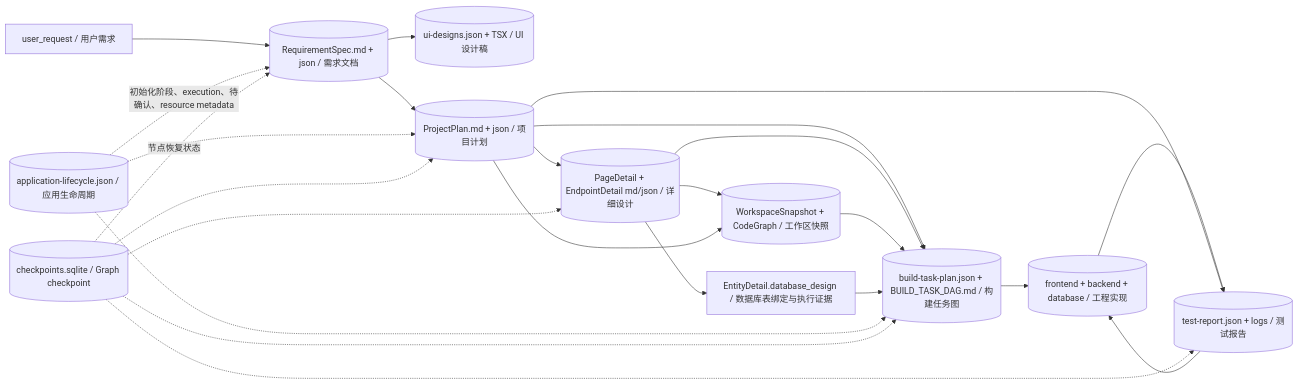
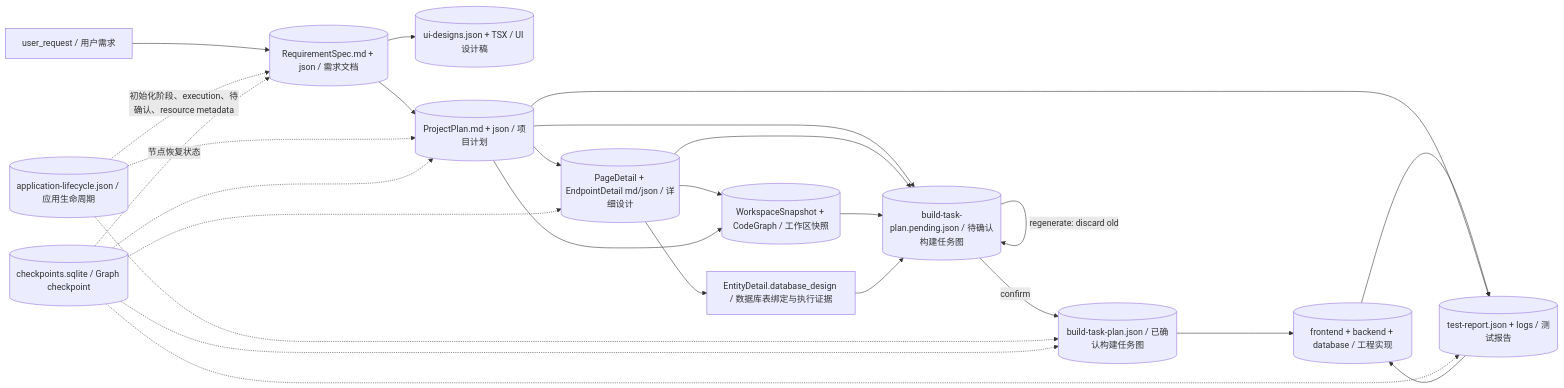
The tenth of 11 diagrams in docs/XCODEAGENT_COMPLETE_WORKFLOW.md (YYYWYF/XCodeAgent), drawn with Mermaid before and after one commit. The commit also changed other lines of this file and 191 other files, not shown here.

````diff
--- a/docs/XCODEAGENT_COMPLETE_WORKFLOW.md
+++ b/docs/XCODEAGENT_COMPLETE_WORKFLOW.md
@@ -775,40 +777,43 @@
 ```mermaid
 flowchart LR
     U["user_request / 用户需求"]
     RS[("RequirementSpec.md + json / 需求文档")]
     UI[("ui-designs.json + TSX / UI 设计稿")]
     PP[("ProjectPlan.md + json / 项目计划")]
     DT[("PageDetail + EndpointDetail md/json / 详细设计")]
     WS[("WorkspaceSnapshot + CodeGraph / 工作区快照")]
     ED["EntityDetail.database_design / 数据库表绑定与执行证据"]
-    DAG[("build-task-plan.json + BUILD_TASK_DAG.md / 构建任务图")]
+    PDAG[("build-task-plan.pending.json / 待确认构建任务图")]
+    DAG[("build-task-plan.json / 已确认构建任务图")]
     SRC[("frontend + backend + database / 工程实现")]
     TR[("test-report.json + logs / 测试报告")]
     LC[("application-lifecycle.json / 应用生命周期")]
     CP[("checkpoints.sqlite / Graph checkpoint")]
 
     U --> RS
     RS --> UI
     RS --> PP
     PP --> DT
     DT --> WS
     PP --> WS
     DT --> ED
-    PP --> DAG
-    DT --> DAG
-    WS --> DAG
-    ED --> DAG
+    PP --> PDAG
+    DT --> PDAG
+    WS --> PDAG
+    ED --> PDAG
+    PDAG -->|"confirm"| DAG
+    PDAG -->|"regenerate: discard old"| PDAG
     DAG --> SRC
     SRC --> TR
     PP --> TR
     TR --> SRC
 
     LC -.->|"初始化阶段、execution、待确认、resource metadata"| RS
     LC -.-> PP
     LC -.-> DAG
     CP -.->|"节点恢复状态"| RS
     CP -.-> PP
     CP -.-> DT
     CP -.-> DAG
     CP -.-> TR
 ```
````
